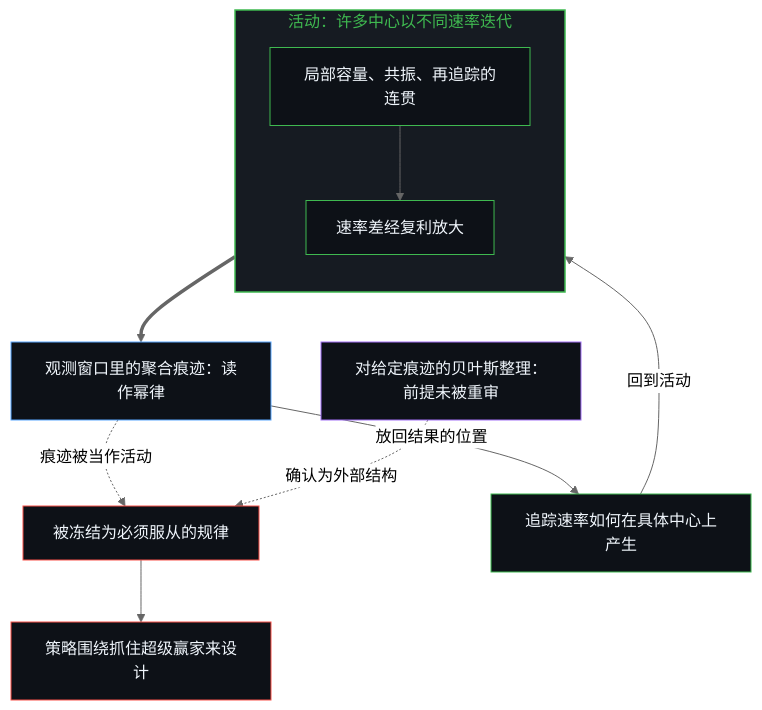
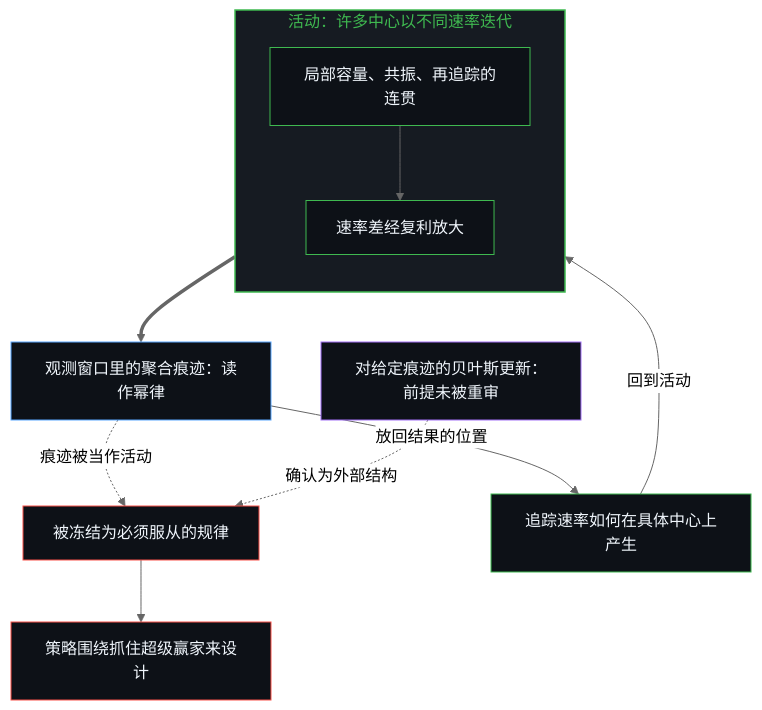
The first of 2 diagrams in content/posts/mi-lv-shi-jie-guo-de-biao-xiang.md (powerpig99/not-a-toe), drawn with Mermaid (neutral theme) before and after one commit. The commit also changed other lines of this file and 2 other files, not shown here.

````diff
--- a/content/posts/mi-lv-shi-jie-guo-de-biao-xiang.md
+++ b/content/posts/mi-lv-shi-jie-guo-de-biao-xiang.md
@@ -41,27 +47,27 @@
 ```mermaid
 flowchart TD
     subgraph S_Act["活动：许多中心以不同速率迭代"]
         direction TB
         A1["局部容量、共振、再追踪的连贯"]
         A2["速率差经复利放大"]
     end
     W["观测窗口里的聚合痕迹：读作幂律"]
     F["被冻结为必须服从的规律"]
     St["策略围绕抓住超级赢家来设计"]
-    B["对给定痕迹的贝叶斯整理：前提未被重审"]
+    B["对给定痕迹的贝叶斯更新：前提未被重审"]
     T["追踪速率如何在具体中心上产生"]
     A1 --> A2
     A2 ==> W
     W -.->|"痕迹被当作活动"| F --> St
     B -.->|"确认为外部结构"| F
     W -->|"放回结果的位置"| T
     T -->|"回到活动"| A1
     style S_Act fill:#161b22,stroke:#3fb950,stroke-width:1.5px,color:#3fb950
     style A1 fill:#0d1117,stroke:#3fb950,stroke-width:1px,color:#f0f6fc
     style A2 fill:#0d1117,stroke:#3fb950,stroke-width:1px,color:#f0f6fc
     style W fill:#0d1117,stroke:#58a6ff,stroke-width:1px,color:#f0f6fc
     style F fill:#0d1117,stroke:#f85149,stroke-width:1px,color:#f0f6fc
     style St fill:#0d1117,stroke:#f85149,stroke-width:1px,color:#f0f6fc
     style B fill:#0d1117,stroke:#a371f7,stroke-width:1px,color:#f0f6fc
     style T fill:#0d1117,stroke:#3fb950,stroke-width:1px,color:#f0f6fc
 ```
````
